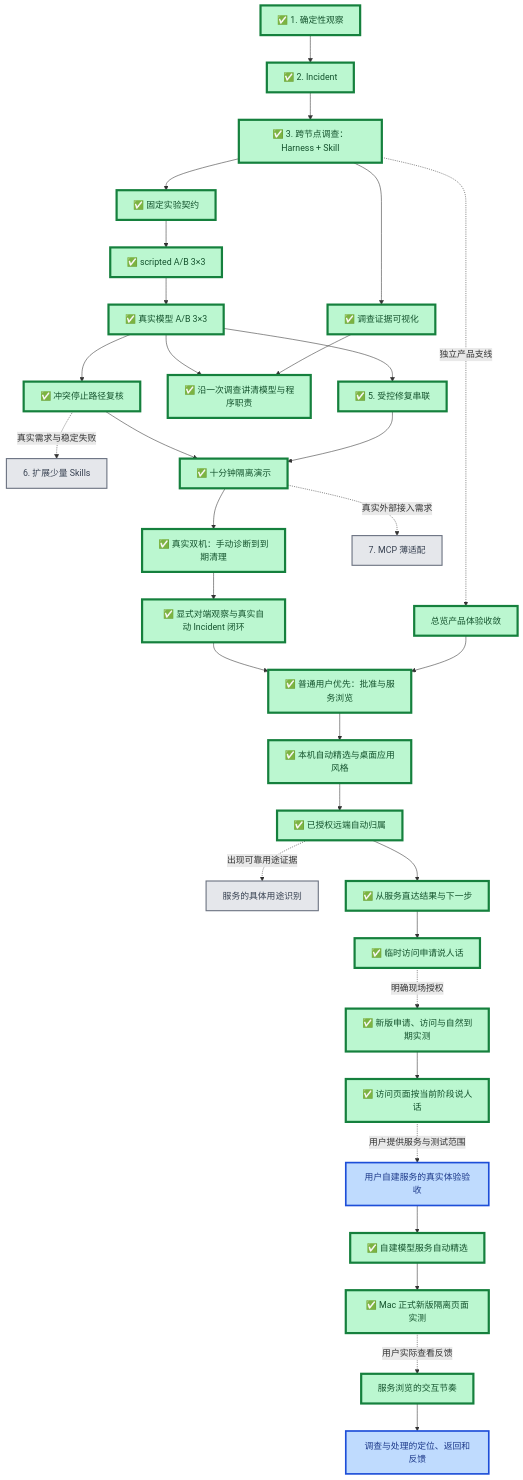
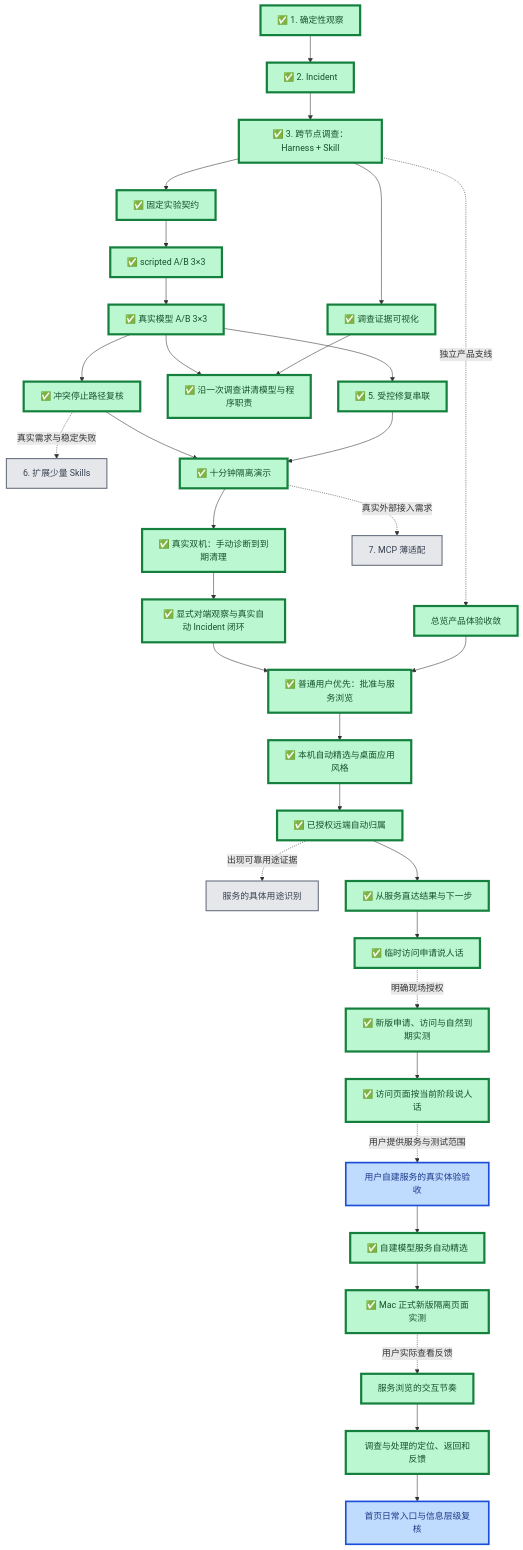
Before and after one commit to Sugarfarmeriod/TunnelMinion: the first of 2 diagrams in docs/project/roadmap.md, drawn with Mermaid. The commit also changed other lines of this file and 10 other files, not shown here.

````diff
--- a/docs/project/roadmap.md
+++ b/docs/project/roadmap.md
@@ -8,60 +8,62 @@
 ```mermaid
 flowchart TB
     A["✅ 1. 确定性观察"] --> B["✅ 2. Incident"]
     B --> C["✅ 3. 跨节点调查：Harness + Skill"]
 
     C --> D1["✅ 固定实验契约"]
     D1 --> D2["✅ scripted A/B 3×3"]
     D2 --> D3["✅ 真实模型 A/B 3×3"]
 
     D3 --> E["✅ 5. 受控修复串联"]
     C --> V["✅ 调查证据可视化"]
     V --> W["✅ 沿一次调查讲清模型与程序职责"]
     D3 --> W
     D3 --> F["✅ 冲突停止路径复核"]
     F -.真实需求与稳定失败.-> K["6. 扩展少量 Skills"]
     E --> H["✅ 十分钟隔离演示"]
     F --> H
     H --> R["✅ 真实双机：手动诊断到到期清理"]
     R --> I["✅ 显式对端观察与真实自动 Incident 闭环"]
     H -.真实外部接入需求.-> G["7. MCP 薄适配"]
 
     C -.独立产品支线.-> U["总览产品体验收敛"]
     U --> P["✅ 普通用户优先：批准与服务浏览"]
     I --> P
     P --> Q["✅ 本机自动精选与桌面应用风格"]
     Q --> Q2["✅ 已授权远端自动归属"]
     Q2 -.出现可靠用途证据.-> Q3["服务的具体用途识别"]
     Q2 --> Q4["✅ 从服务直达结果与下一步"]
     Q4 --> Q5["✅ 临时访问申请说人话"]
     Q5 -.明确现场授权.-> Q6["✅ 新版申请、访问与自然到期实测"]
     Q6 --> Q7["✅ 访问页面按当前阶段说人话"]
     Q7 -.用户提供服务与测试范围.-> Q8["用户自建服务的真实体验验收"]
     Q8 --> Q9["✅ 自建模型服务自动精选"]
     Q9 --> Q10["✅ Mac 正式新版隔离页面实测"]
     Q10 -.用户实际查看反馈.-> Q11["服务浏览的交互节奏"]
     Q11 --> Q12["调查与处理的定位、返回和反馈"]
+    Q12 --> Q13["首页日常入口与信息层级复核"]
 
     classDef done fill:#bbf7d0,stroke:#15803d,stroke-width:4px,color:#14532d;
     classDef current fill:#fde68a,stroke:#b45309,stroke-width:5px,color:#78350f;
     classDef next fill:#bfdbfe,stroke:#1d4ed8,stroke-width:3px,color:#1e3a8a;
     classDef later fill:#e5e7eb,stroke:#6b7280,stroke-width:2px,color:#374151;
     class A,B,C,D1,D2,D3,E,F,H,R,V done;
     class U done;
     class W done;
     class I done;
     class G,K later;
     class P done;
     class Q done;
     class Q2 done;
     class Q3 later;
     class Q4 done;
     class Q5 done;
     class Q6 done;
     class Q7 done;
     class Q8 next;
     class Q9 done;
     class Q10 done;
     class Q11 done;
-    class Q12 next;
+    class Q12 done;
+    class Q13 next;
 ```
````
